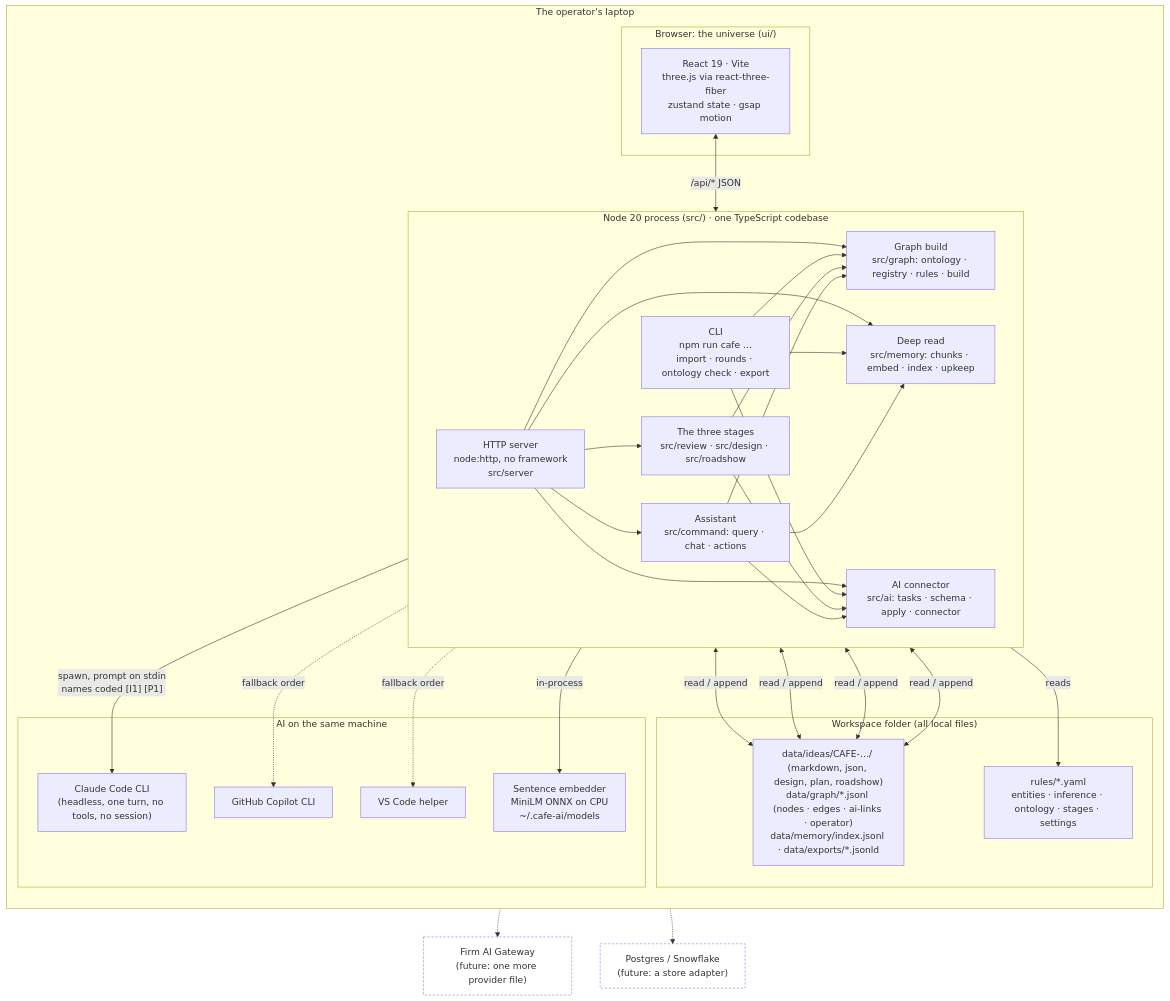
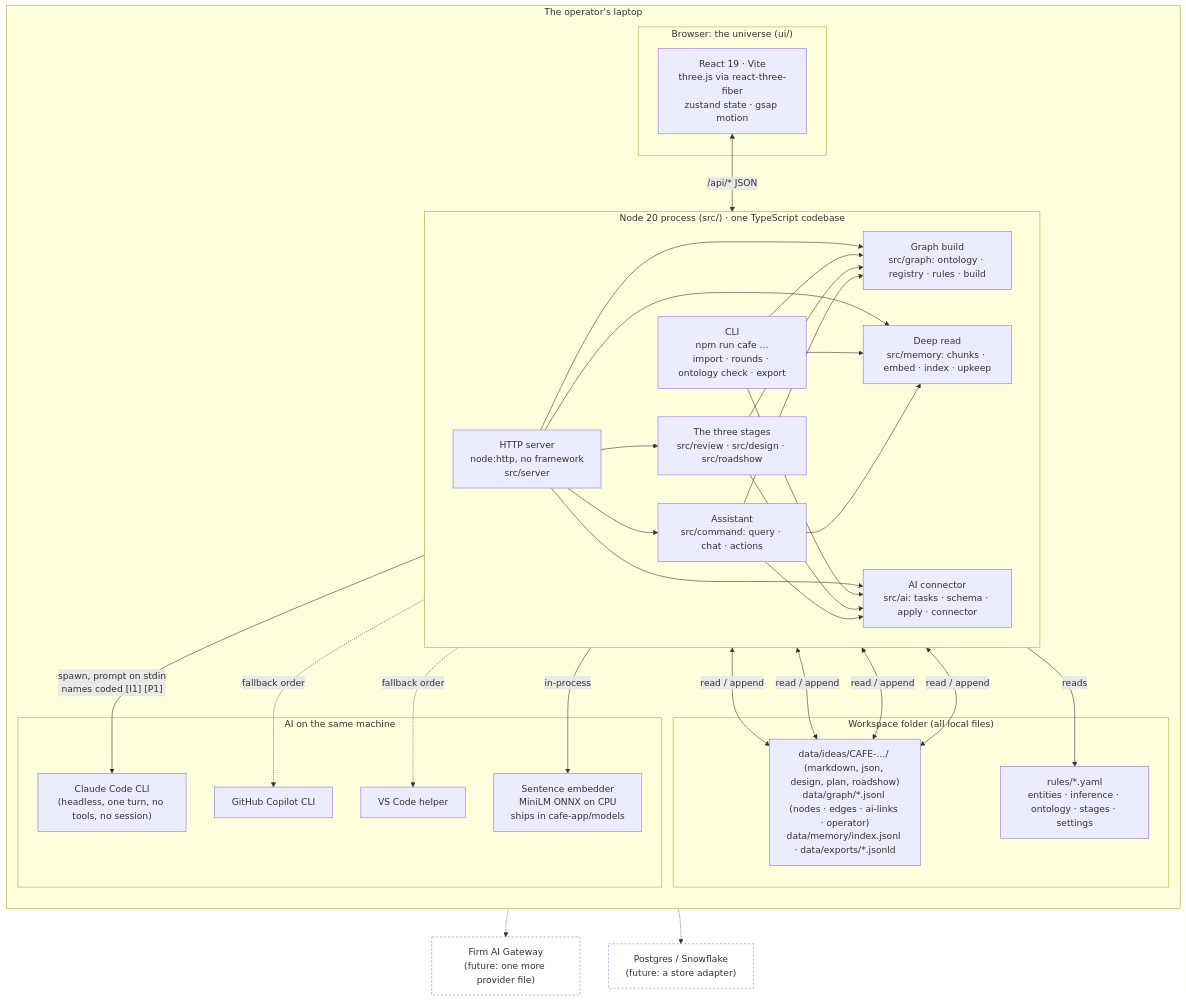
The first of 4 diagrams in cafe-app/docs/x-ray.md (intelliorion/ms-cs-ttia-office-hours), drawn with Mermaid before and after one commit. The commit also changed other lines of this file and 18 other files, not shown here.

````diff
--- a/cafe-app/docs/x-ray.md
+++ b/cafe-app/docs/x-ray.md
@@ -16,44 +16,44 @@
 ```mermaid
 flowchart TB
   subgraph laptop["The operator's laptop"]
     direction TB
     subgraph ui["Browser: the universe (ui/)"]
       R["React 19 · Vite<br/>three.js via react-three-fiber<br/>zustand state · gsap motion"]
     end
     subgraph node["Node 20 process (src/)  ·  one TypeScript codebase"]
       direction LR
       S["HTTP server<br/>node:http, no framework<br/>src/server"]
       C["CLI<br/>npm run cafe …<br/>import · rounds · ontology check · export"]
       G["Graph build<br/>src/graph: ontology · registry · rules · build"]
       M["Deep read<br/>src/memory: chunks · embed · index · upkeep"]
       A["AI connector<br/>src/ai: tasks · schema · apply · connector"]
       Q["Assistant<br/>src/command: query · chat · actions"]
       ST["The three stages<br/>src/review · src/design · src/roadshow"]
     end
     subgraph ws["Workspace folder (all local files)"]
       W1["rules/*.yaml<br/>entities · inference · ontology · stages · settings"]
       W2["data/ideas/CAFE-…/ (markdown, json, design, plan, roadshow)<br/>data/graph/*.jsonl (nodes · edges · ai-links · operator)<br/>data/memory/index.jsonl · data/exports/*.jsonld"]
     end
     subgraph ai["AI on the same machine"]
       P1["Claude Code CLI<br/>(headless, one turn, no tools, no session)"]
       P2["GitHub Copilot CLI"]
       P3["VS Code helper"]
-      E["Sentence embedder<br/>MiniLM ONNX on CPU<br/>~/.cafe-ai/models"]
+      E["Sentence embedder<br/>MiniLM ONNX on CPU<br/>ships in cafe-app/models"]
     end
   end
   R <-->|"/api/* JSON"| S
   S --> G & M & A & Q & ST
   C --> G & M & A
   G & M & Q & ST <-->|read / append| W2
   G -->|reads| W1
   ST --> G & A
   A -->|"spawn, prompt on stdin<br/>names coded [I1] [P1]"| P1
   A -.->|fallback order| P2 & P3
   M -->|in-process| E
   Q --> G & M & A
   FUT1["Firm AI Gateway<br/>(future: one more provider file)"]:::future
   FUT2["Postgres / Snowflake<br/>(future: a store adapter)"]:::future
   A -.-> FUT1
   W2 -.-> FUT2
   classDef future stroke-dasharray: 4 3, fill:none
 ```
````
